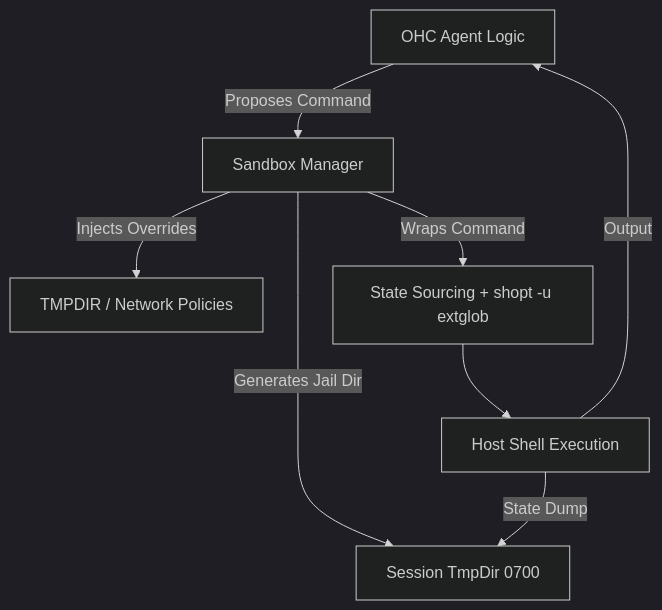
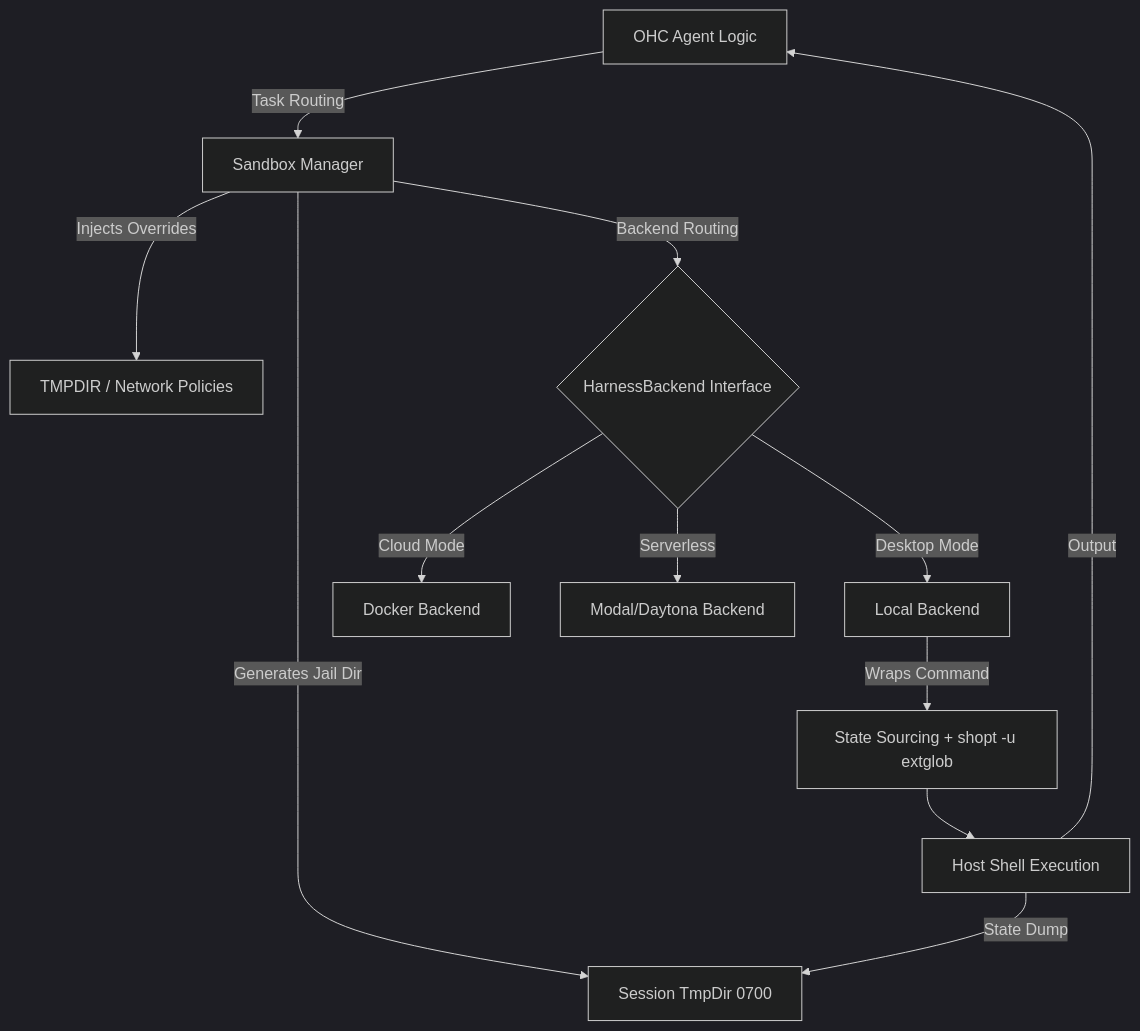
The diagram in docs/research/agent_harness_audit.md (omnisolo-llc/onehumancorp), drawn with Mermaid (dark theme) before and after one commit. The commit also changed other lines of this file, not shown here.

First line of the commit message:
[research] Market Audit on Agent Harness Architecture (#5554)

````diff
--- a/docs/research/agent_harness_audit.md
+++ b/docs/research/agent_harness_audit.md
@@ -38,10 +43,14 @@
 ```mermaid
 graph TD;
-    Agent[OHC Agent Logic] --> |Proposes Command| Harness[Sandbox Manager];
+    Agent[OHC Agent Logic] --> |Task Routing| Harness[Sandbox Manager];
     Harness --> |Generates Jail Dir| TmpDir[Session TmpDir 0700];
     Harness --> |Injects Overrides| Env[TMPDIR / Network Policies];
-    Harness --> |Wraps Command| Wrap[State Sourcing + shopt -u extglob];
+    Harness --> |Backend Routing| Backend{HarnessBackend Interface};
+    Backend --> |Desktop Mode| Local[Local Backend];
+    Backend --> |Cloud Mode| Docker[Docker Backend];
+    Backend --> |Serverless| Modal[Modal/Daytona Backend];
+    Local --> |Wraps Command| Wrap[State Sourcing + shopt -u extglob];
     Wrap --> Exec[Host Shell Execution];
     Exec --> |State Dump| TmpDir;
     Exec --> |Output| Agent;
 ```
````
